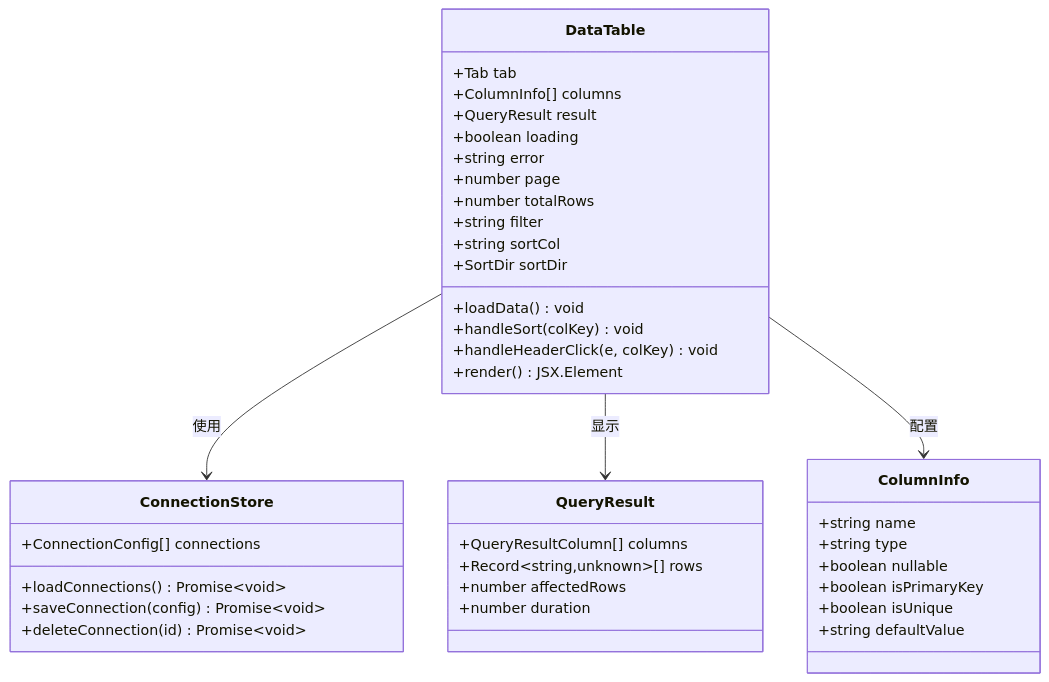
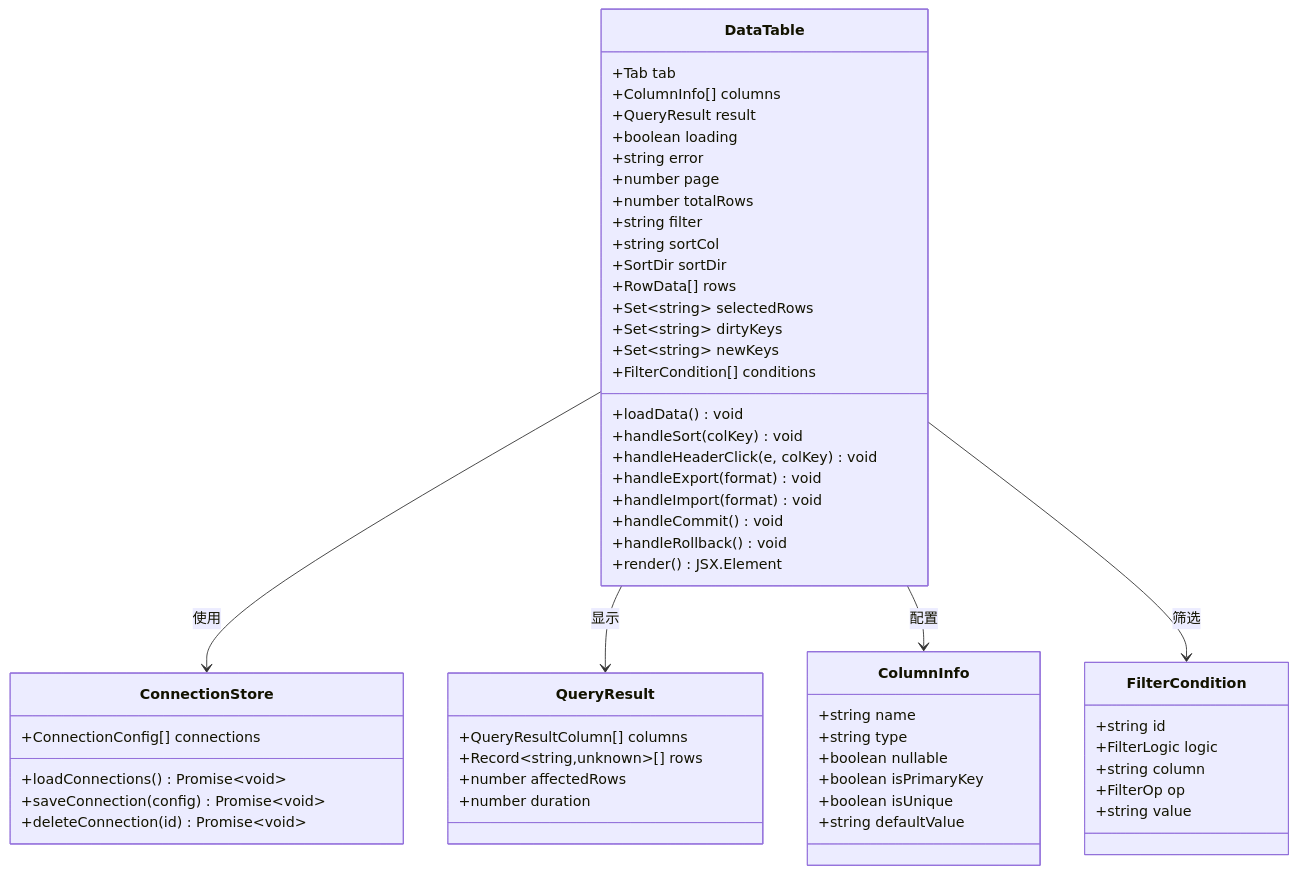
One commit to wwenbo2048/nexsql changed the second of 19 diagrams in .qoder/repowiki/zh/content/前端组件系统/数据表格组件.md. Above: the diagram before and after it, drawn with Mermaid. The commit also changed other lines of this file and 19 other files, not shown here.

````diff
--- a/.qoder/repowiki/zh/content/前端组件系统/数据表格组件.md
+++ b/.qoder/repowiki/zh/content/前端组件系统/数据表格组件.md
@@ -86,42 +117,59 @@
 ```mermaid
 classDiagram
 class DataTable {
 +Tab tab
 +ColumnInfo[] columns
 +QueryResult result
 +boolean loading
 +string error
 +number page
 +number totalRows
 +string filter
 +string sortCol
 +SortDir sortDir
++RowData[] rows
++Set~string~ selectedRows
++Set~string~ dirtyKeys
++Set~string~ newKeys
++FilterCondition[] conditions
 +loadData() void
 +handleSort(colKey) void
 +handleHeaderClick(e, colKey) void
++handleExport(format) void
++handleImport(format) void
++handleCommit() void
++handleRollback() void
 +render() JSX.Element
 }
 class ConnectionStore {
 +ConnectionConfig[] connections
 +loadConnections() Promise~void~
 +saveConnection(config) Promise~void~
 +deleteConnection(id) Promise~void~
 }
 class QueryResult {
 +QueryResultColumn[] columns
 +Record~string,unknown~[] rows
 +number affectedRows
 +number duration
 }
 class ColumnInfo {
 +string name
 +string type
 +boolean nullable
 +boolean isPrimaryKey
 +boolean isUnique
 +string defaultValue
 }
+class FilterCondition {
++string id
++FilterLogic logic
++string column
++FilterOp op
++string value
+}
 DataTable --> ConnectionStore : 使用
 DataTable --> QueryResult : 显示
 DataTable --> ColumnInfo : 配置
+DataTable --> FilterCondition : 筛选
 ```
````
